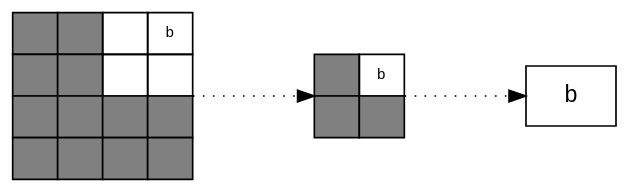
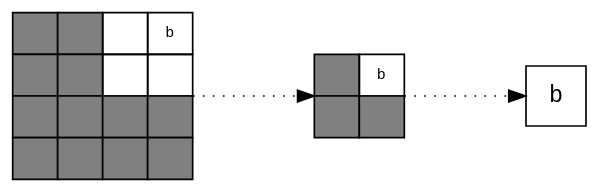
The diagram in src/graphviz/octree_optimization.dot (Eisenwave/voxel-compression-docs), drawn with Graphviz before and after one commit. The commit also changed 15 other files, not shown here.

```diff
--- a/src/graphviz/octree_optimization.dot
+++ b/src/graphviz/octree_optimization.dot
@@ -1,52 +1,52 @@
 digraph g {
     rankdir=LR
     bgcolor=transparent
     node [shape = record]
     
     a [shape=none, margin=0, label=<
     <TABLE BORDER="0" CELLBORDER="1" CELLSPACING="0" CELLPADDING="4">
         <tr>
             <td bgcolor="gray">  </td>
             <td bgcolor="gray">  </td>
             <td>  </td>
             <td><font point-size="9">b</font></td>
         </tr>
         <tr>
             <td bgcolor="gray">  </td>
             <td bgcolor="gray">  </td>
             <td> </td>
             <td> </td>
         </tr>
         <tr >
             <td bgcolor="gray">  </td>
             <td bgcolor="gray">  </td>
             <td bgcolor="gray">  </td>
             <td bgcolor="gray">  </td>
         </tr>
         <tr>
             <td bgcolor="gray">  </td>
             <td bgcolor="gray">  </td>
             <td bgcolor="gray">  </td>
             <td bgcolor="gray">  </td>
         </tr>
     </TABLE>
     >,fontname="monospace"]
     
     b [shape=none, margin=0, label=<
     <TABLE BORDER="0" CELLBORDER="1" CELLSPACING="0" CELLPADDING="4">
         <tr>
             <td bgcolor="gray">  </td>
             <td><font point-size="9">b</font></td>
         </tr>
         <tr>
             <td bgcolor="gray">  </td>
             <td bgcolor="gray">  </td>
         </tr>
     </TABLE>
     >,fontname="monospace"]
     
-    c [shape=box,label="b",fontname="monospace"]
+    c [shape=square,label="b",fontname="monospace"]
     
     a -> b [style=dotted,minlen=2,fontname="monospace"]
     b -> c [style=dotted,minlen=2,fontname="monospace"]
 } 
```
